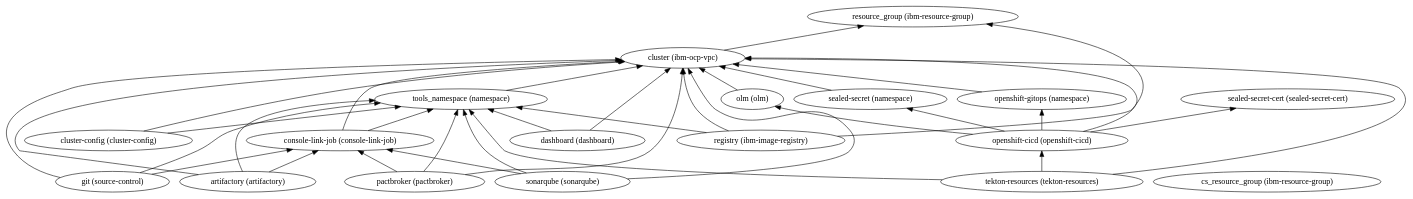
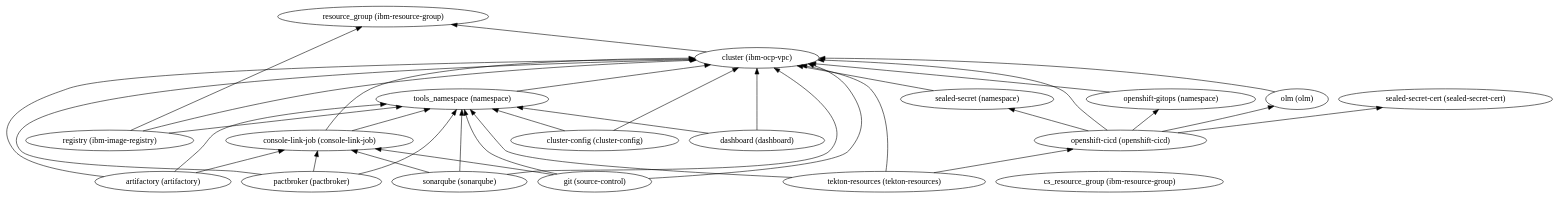
One commit to IBM/ibm-cloud-reference-architectures changed the diagram in 160-ibm-fs-openshift-dev-tools/dependencies.dot. Above: the diagram before and after it, drawn with Graphviz. The commit also changed 151 other files, not shown here.

```diff
--- a/160-ibm-fs-openshift-dev-tools/dependencies.dot
+++ b/160-ibm-fs-openshift-dev-tools/dependencies.dot
@@ -1,55 +1,55 @@
 digraph {
     rankdir="BT"
-    "resource_group (ibm-resource-group)"
-"cs_resource_group (ibm-resource-group)"
-"cluster (ibm-ocp-vpc)" -> "resource_group (ibm-resource-group)"
-"cluster (ibm-ocp-vpc)"
-"tools_namespace (namespace)" -> "cluster (ibm-ocp-vpc)"
-"tools_namespace (namespace)"
-"openshift-gitops (namespace)" -> "cluster (ibm-ocp-vpc)"
-"openshift-gitops (namespace)"
-"artifactory (artifactory)" -> "cluster (ibm-ocp-vpc)"
+    "artifactory (artifactory)" -> "cluster (ibm-ocp-vpc)"
 "artifactory (artifactory)" -> "tools_namespace (namespace)"
 "artifactory (artifactory)" -> "console-link-job (console-link-job)"
 "artifactory (artifactory)"
+"cluster (ibm-ocp-vpc)" -> "resource_group (ibm-resource-group)"
+"cluster (ibm-ocp-vpc)"
+"resource_group (ibm-resource-group)"
+"tools_namespace (namespace)" -> "cluster (ibm-ocp-vpc)"
+"tools_namespace (namespace)"
 "console-link-job (console-link-job)" -> "cluster (ibm-ocp-vpc)"
 "console-link-job (console-link-job)" -> "tools_namespace (namespace)"
 "console-link-job (console-link-job)"
 "cluster-config (cluster-config)" -> "cluster (ibm-ocp-vpc)"
 "cluster-config (cluster-config)" -> "tools_namespace (namespace)"
 "cluster-config (cluster-config)"
 "dashboard (dashboard)" -> "cluster (ibm-ocp-vpc)"
 "dashboard (dashboard)" -> "tools_namespace (namespace)"
 "dashboard (dashboard)"
 "registry (ibm-image-registry)" -> "cluster (ibm-ocp-vpc)"
 "registry (ibm-image-registry)" -> "tools_namespace (namespace)"
 "registry (ibm-image-registry)" -> "resource_group (ibm-resource-group)"
 "registry (ibm-image-registry)"
+"cs_resource_group (ibm-resource-group)"
+"openshift-gitops (namespace)" -> "cluster (ibm-ocp-vpc)"
+"openshift-gitops (namespace)"
 "openshift-cicd (openshift-cicd)" -> "cluster (ibm-ocp-vpc)"
 "openshift-cicd (openshift-cicd)" -> "olm (olm)"
 "openshift-cicd (openshift-cicd)" -> "openshift-gitops (namespace)"
 "openshift-cicd (openshift-cicd)" -> "sealed-secret (namespace)"
 "openshift-cicd (openshift-cicd)" -> "sealed-secret-cert (sealed-secret-cert)"
 "openshift-cicd (openshift-cicd)"
 "olm (olm)" -> "cluster (ibm-ocp-vpc)"
 "olm (olm)"
 "sealed-secret (namespace)" -> "cluster (ibm-ocp-vpc)"
 "sealed-secret (namespace)"
 "sealed-secret-cert (sealed-secret-cert)"
 "pactbroker (pactbroker)" -> "cluster (ibm-ocp-vpc)"
 "pactbroker (pactbroker)" -> "tools_namespace (namespace)"
 "pactbroker (pactbroker)" -> "console-link-job (console-link-job)"
 "pactbroker (pactbroker)"
 "sonarqube (sonarqube)" -> "cluster (ibm-ocp-vpc)"
 "sonarqube (sonarqube)" -> "tools_namespace (namespace)"
 "sonarqube (sonarqube)" -> "console-link-job (console-link-job)"
 "sonarqube (sonarqube)"
 "git (source-control)" -> "cluster (ibm-ocp-vpc)"
 "git (source-control)" -> "tools_namespace (namespace)"
 "git (source-control)" -> "console-link-job (console-link-job)"
 "git (source-control)"
 "tekton-resources (tekton-resources)" -> "cluster (ibm-ocp-vpc)"
 "tekton-resources (tekton-resources)" -> "tools_namespace (namespace)"
 "tekton-resources (tekton-resources)" -> "openshift-cicd (openshift-cicd)"
 "tekton-resources (tekton-resources)"
   }
```
